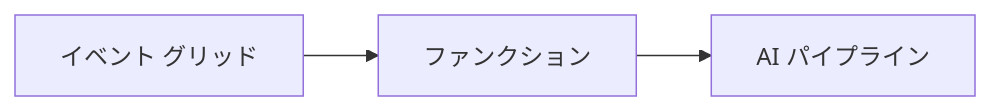
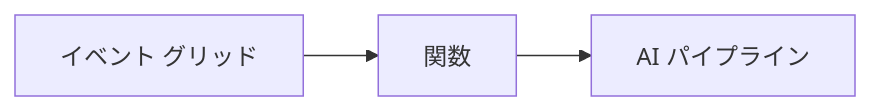
One commit to microsoft/AZD-for-beginners changed the second of 2 diagrams in translations/ja/docs/chapter-08-production/README.md. Above: the diagram before and after it, drawn with Mermaid. The commit also changed other lines of this file and 104 other files, not shown here.

````diff
--- a/translations/ja/docs/chapter-08-production/README.md
+++ b/translations/ja/docs/chapter-08-production/README.md
@@ -56,4 +57,4 @@
 ```mermaid
 graph LR
-    EventGrid[イベント グリッド] --> Functions[ファンクション] --> Pipeline[AI パイプライン]
+    EventGrid[イベント グリッド] --> Functions[関数] --> Pipeline[AI パイプライン]
 ```
````
